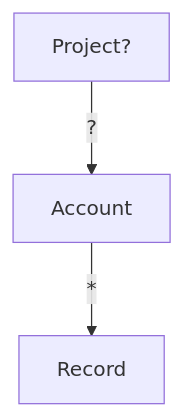
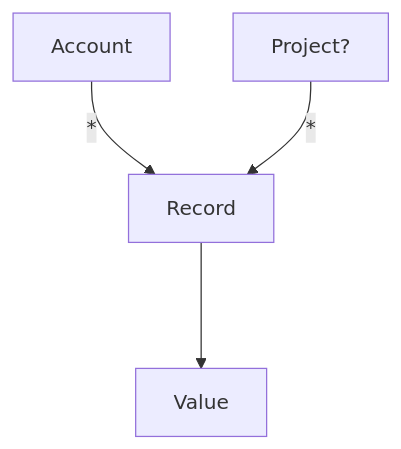
One commit to nielinjie/noAccount changed the first of 6 diagrams in domain/domain.md. Above: the diagram before and after it, drawn with Mermaid. The commit also changed other lines of this file and 8 other files, not shown here.

````diff
--- a/domain/domain.md
+++ b/domain/domain.md
@@ -9,6 +18,6 @@
 ```mermaid
 
 flowchart TB
-    P["Project?"] --?--> A
     A[Account] --*--> R[Record]
+    P["Project?"] --*--> R[Record] ---> Value
 ```
````
